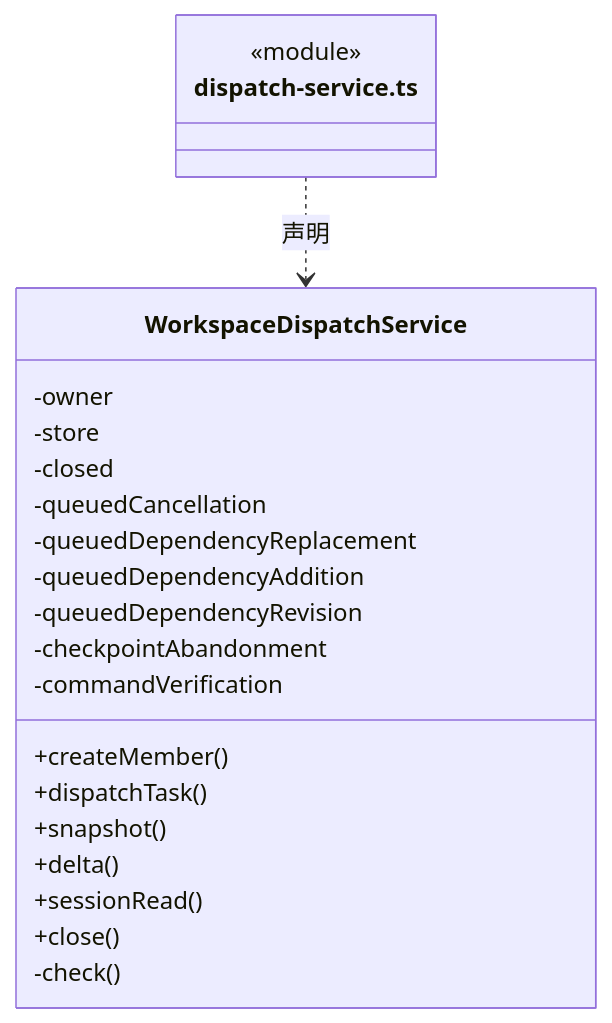
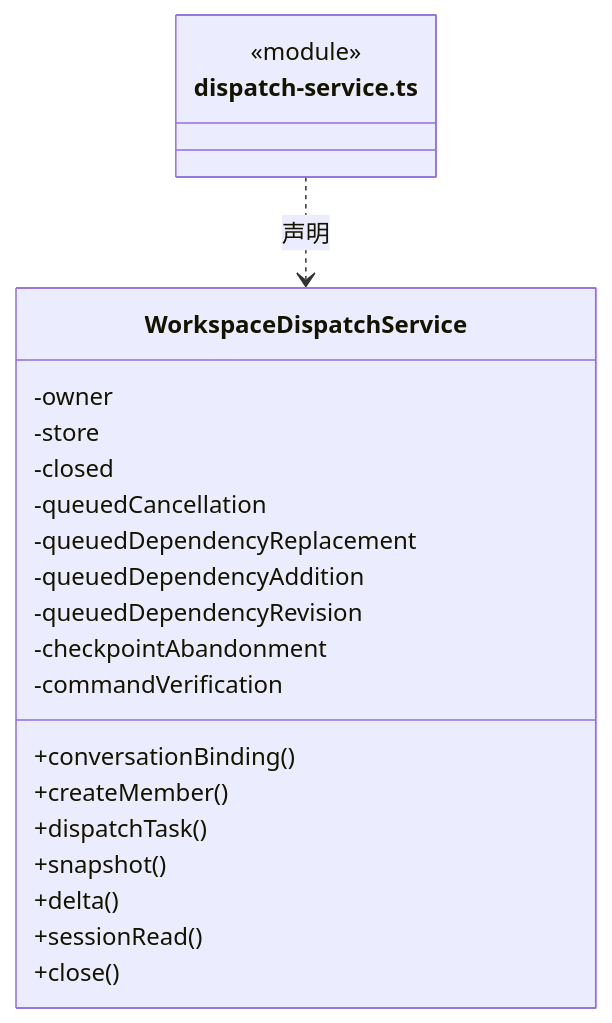
Before and after one commit to nan023062/cbim: the eighth of 15 diagrams in src/logic/dispatch/runtime/ARCHITECTURE.md, drawn with Mermaid. The commit also changed other lines of this file and 139 other files, not shown here.

Commit message:
docs(architecture): add source reading paths and complete file inventories

````diff
--- a/src/logic/dispatch/runtime/ARCHITECTURE.md
+++ b/src/logic/dispatch/runtime/ARCHITECTURE.md
@@ -249,25 +267,25 @@
 ```mermaid
 classDiagram
 class N_src_logic_dispatch_runtime_dispatch_service_ts["dispatch-service.ts"] {
   <<module>>
 }
 class N_src_logic_dispatch_runtime_dispatch_service_ts_WorkspaceDispatchService["WorkspaceDispatchService"] {
+  +conversationBinding()
   +createMember()
   +dispatchTask()
   +snapshot()
   +delta()
   +sessionRead()
   +close()
   -owner
   -store
   -closed
   -queuedCancellation
   -queuedDependencyReplacement
   -queuedDependencyAddition
   -queuedDependencyRevision
   -checkpointAbandonment
   -commandVerification
-  -check()
 }
 N_src_logic_dispatch_runtime_dispatch_service_ts ..> N_src_logic_dispatch_runtime_dispatch_service_ts_WorkspaceDispatchService : 声明
 ```
````
